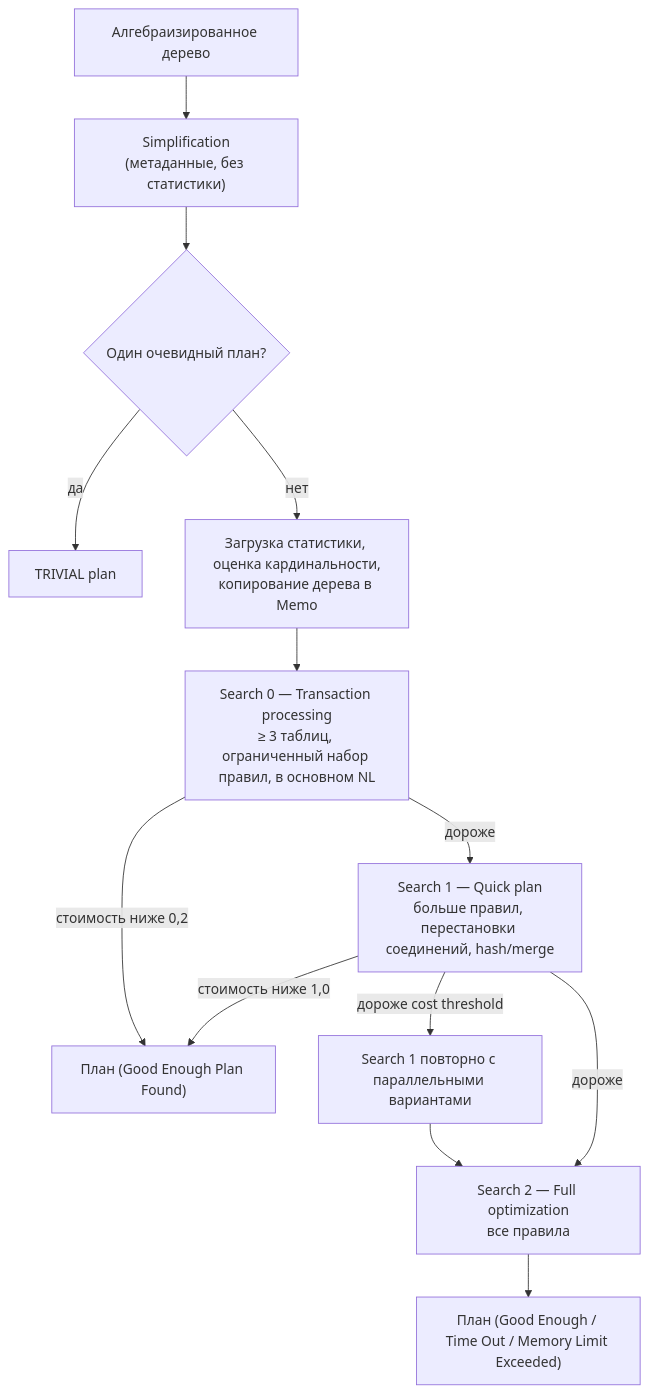
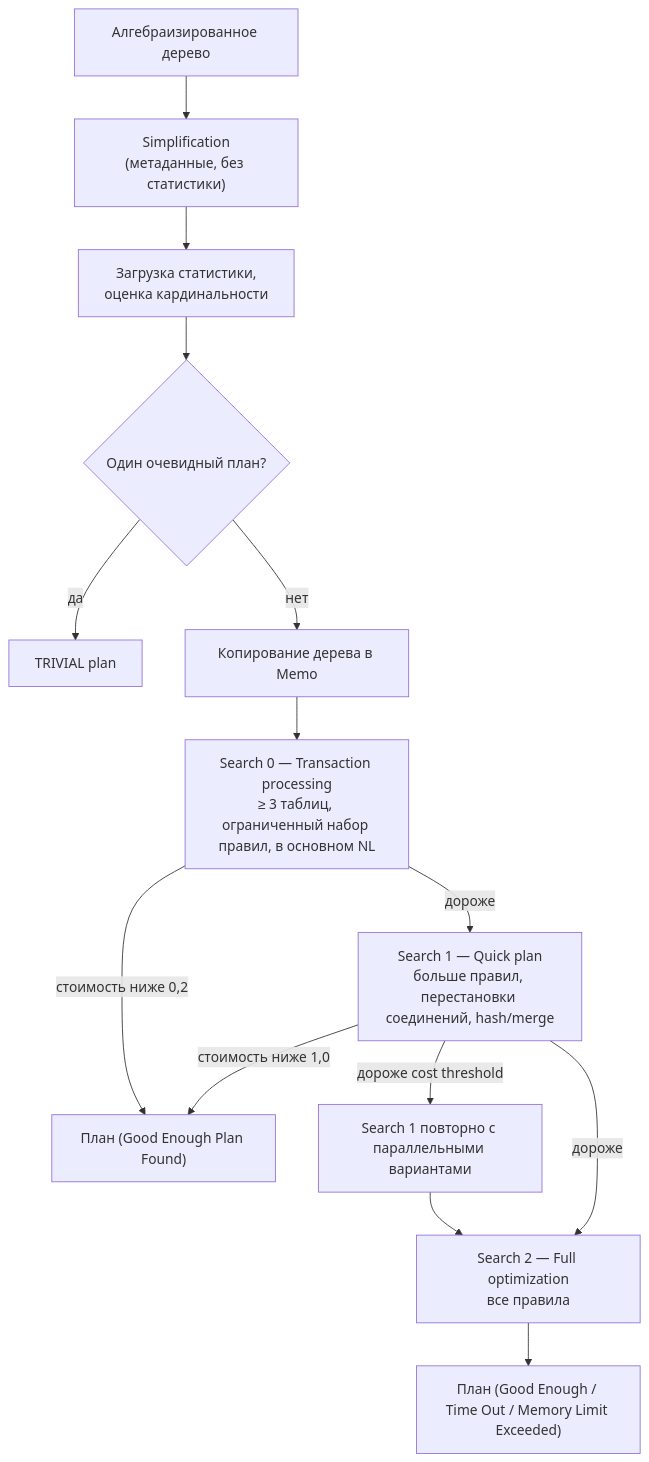
Before and after one commit to shultzMAN87/sql-optimization-handbook: the fifth of 11 diagrams in docs/03-optimizer.md, drawn with Mermaid. The commit also changed other lines of this file and 3 other files, not shown here.

````diff
--- a/docs/03-optimizer.md
+++ b/docs/03-optimizer.md
@@ -258,15 +316,16 @@
 ```mermaid
 flowchart TD
     A["Алгебраизированное дерево"] --> S["Simplification<br/>(метаданные, без статистики)"]
-    S --> T{"Один очевидный план?"}
+    S --> L["Загрузка статистики,<br/>оценка кардинальности"]
+    L --> T{"Один очевидный план?"}
     T -- да --> TP["TRIVIAL plan"]
-    T -- нет --> L["Загрузка статистики, оценка кардинальности,<br/>копирование дерева в Memo"]
-    L --> S0["Search 0 — Transaction processing<br/>≥ 3 таблиц, ограниченный набор правил, в основном NL"]
+    T -- нет --> M["Копирование дерева в Memo"]
+    M --> S0["Search 0 — Transaction processing<br/>≥ 3 таблиц, ограниченный набор правил, в основном NL"]
     S0 -- "стоимость ниже 0,2" --> OUT["План (Good Enough Plan Found)"]
     S0 -- дороже --> S1["Search 1 — Quick plan<br/>больше правил, перестановки соединений, hash/merge"]
     S1 -- "стоимость ниже 1,0" --> OUT
     S1 -- "дороже cost threshold" --> S1P["Search 1 повторно с параллельными вариантами"]
     S1P --> S2
     S1 -- дороже --> S2["Search 2 — Full optimization<br/>все правила"]
     S2 --> OUT2["План (Good Enough / Time Out / Memory Limit Exceeded)"]
 ```
````
